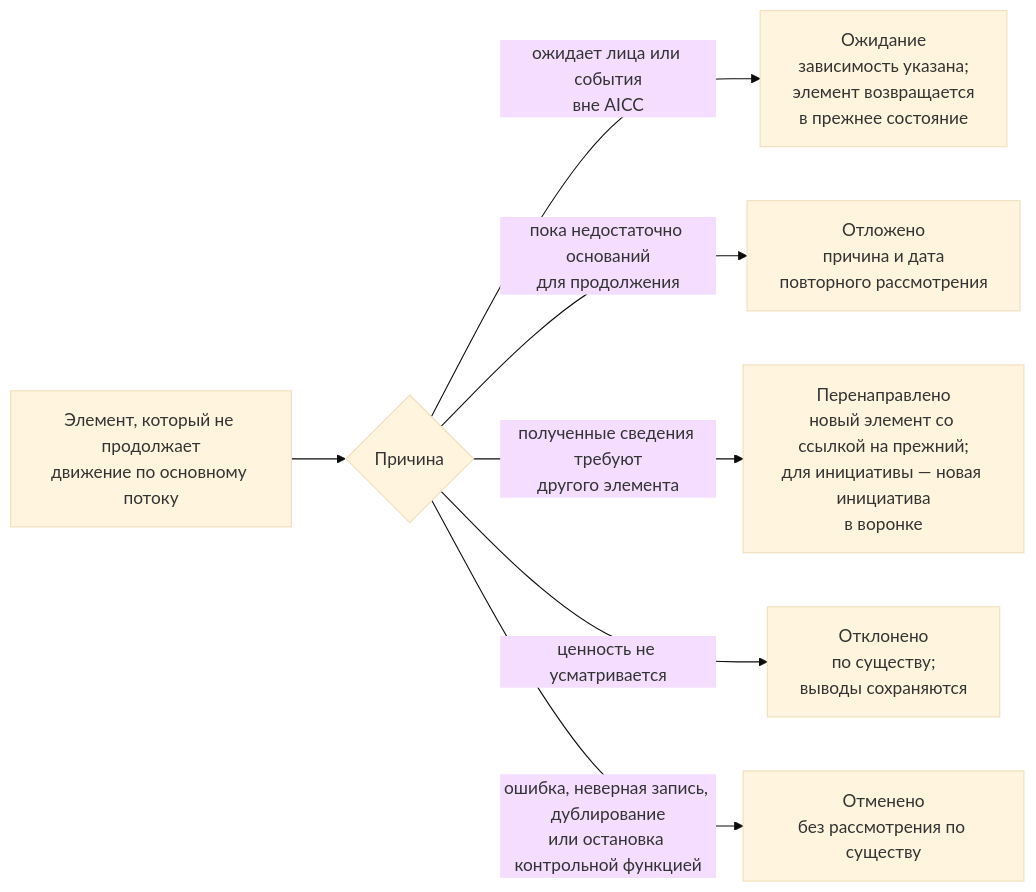
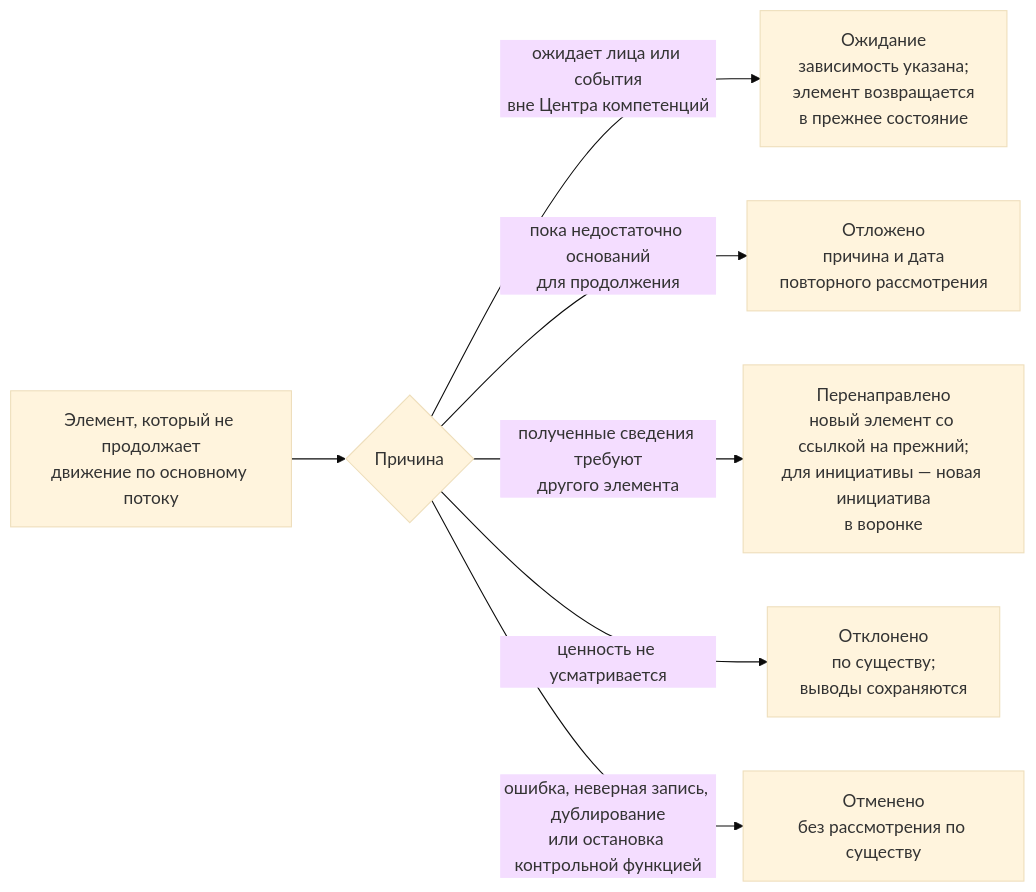
The fourth of 5 diagrams in charter/ru/guides/service-delivery-guide.md (devhogu/ob-aicc), drawn with Mermaid (base theme) before and after one commit. The commit also changed other lines of this file and 1149 other files, not shown here.

````diff
--- a/charter/ru/guides/service-delivery-guide.md
+++ b/charter/ru/guides/service-delivery-guide.md
@@ -80,9 +80,9 @@
 ```mermaid
 flowchart LR
   IT["Элемент, который не продолжает<br/>движение по основному потоку"] --> Q{"Причина"}
-  Q -->|"ожидает лица или события<br/>вне AICC"| WT["Ожидание<br/>зависимость указана;<br/>элемент возвращается<br/>в прежнее состояние"]
+  Q -->|"ожидает лица или события<br/>вне Центра компетенций"| WT["Ожидание<br/>зависимость указана;<br/>элемент возвращается<br/>в прежнее состояние"]
   Q -->|"пока недостаточно оснований<br/>для продолжения"| DF["Отложено<br/>причина и дата<br/>повторного рассмотрения"]
   Q -->|"полученные сведения требуют<br/>другого элемента"| PV["Перенаправлено<br/>новый элемент со ссылкой на прежний;<br/>для инициативы — новая инициатива<br/>в воронке"]
   Q -->|"ценность не усматривается"| RJ["Отклонено<br/>по существу;<br/>выводы сохраняются"]
   Q -->|"ошибка, неверная запись, дублирование<br/>или остановка контрольной функцией"| CN["Отменено<br/>без рассмотрения по существу"]
 ```
````
